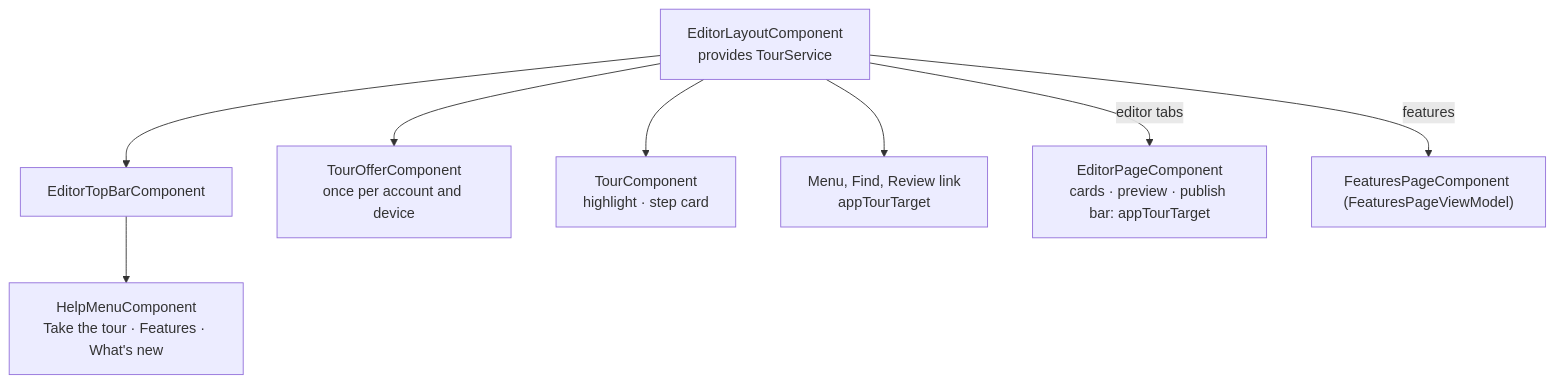
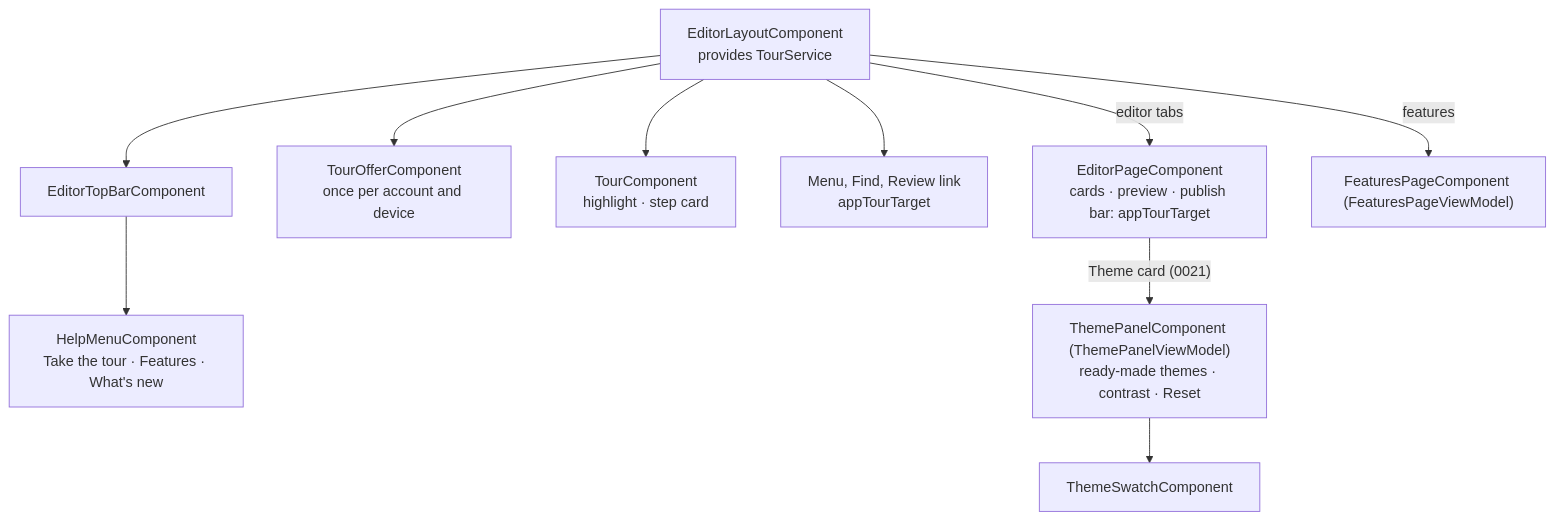
Before and after one commit to RaviAkhouri30/taalyatra: the fourth of 4 diagrams in docs/architecture/component-tree.md, drawn with Mermaid. The commit also changed 233 other files, not shown here.

````diff
--- a/docs/architecture/component-tree.md
+++ b/docs/architecture/component-tree.md
@@ -80,10 +80,12 @@
 ```mermaid
 flowchart TD
   L["EditorLayoutComponent<br/>provides TourService"] --> TB["EditorTopBarComponent"]
   TB --> HM["HelpMenuComponent<br/>Take the tour · Features · What's new"]
   L --> TO["TourOfferComponent<br/>once per account and device"]
   L --> TC["TourComponent<br/>highlight · step card"]
   L --> N["Menu, Find, Review link<br/>appTourTarget"]
   L -->|editor tabs| EP["EditorPageComponent<br/>cards · preview · publish bar: appTourTarget"]
   L -->|features| FP["FeaturesPageComponent (FeaturesPageViewModel)"]
+  EP -->|"Theme card (0021)"| TP["ThemePanelComponent (ThemePanelViewModel)<br/>ready-made themes · contrast · Reset"]
+  TP --> SW["ThemeSwatchComponent"]
 ```
````
